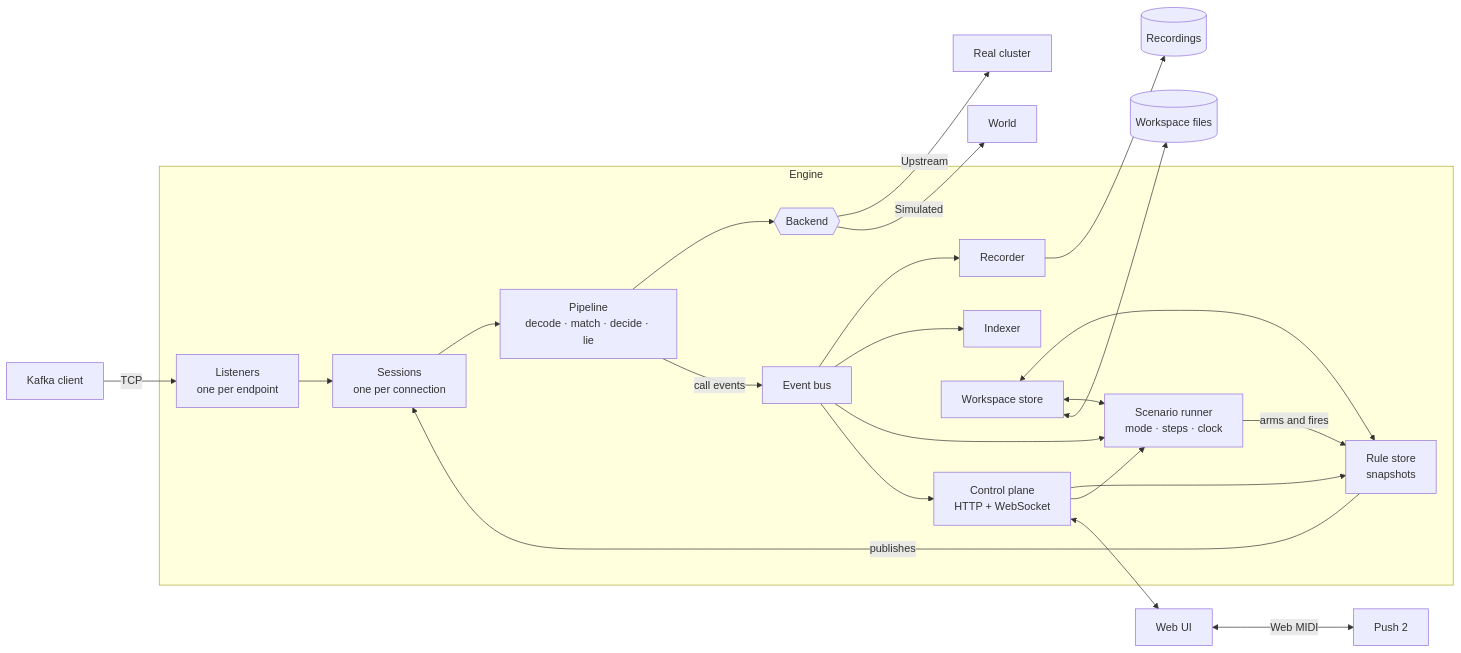
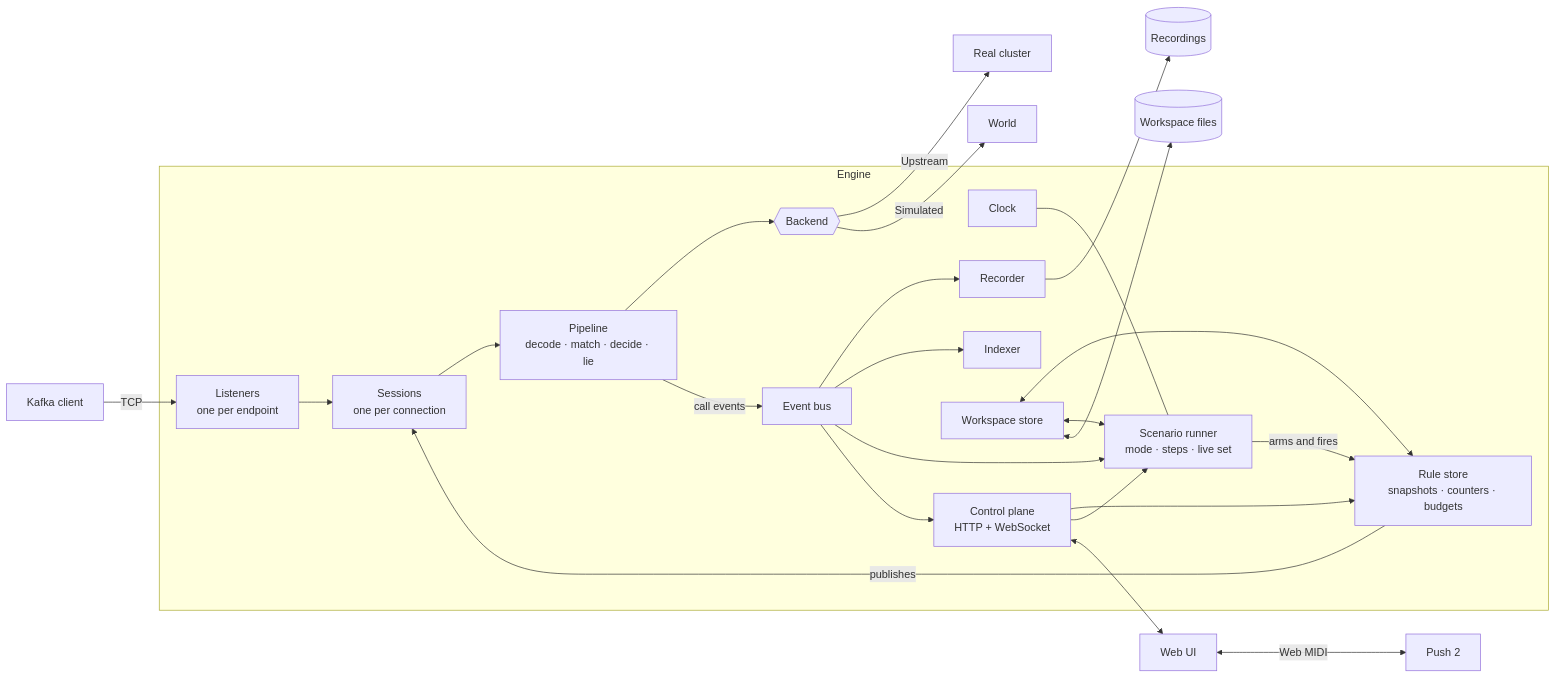
One commit to cruxy-eu/gaslightmq changed the diagram in docs/specs/architecture/README.md. Above: the diagram before and after it, drawn with Mermaid. The commit also changed other lines of this file and 17 other files, not shown here.

````diff
--- a/docs/specs/architecture/README.md
+++ b/docs/specs/architecture/README.md
@@ -17,28 +18,29 @@
 ```mermaid
 flowchart LR
   client["Kafka client"] -->|TCP| LI
 
   subgraph engine["Engine"]
     LI["Listeners<br/>one per endpoint"] --> SS["Sessions<br/>one per connection"]
     SS --> PL["Pipeline<br/>decode · match · decide · lie"]
     PL --> BE{{"Backend"}}
-    RS["Rule store<br/>snapshots"] -->|publishes| SS
-    SR["Scenario runner<br/>mode · steps · clock"] -->|arms and fires| RS
+    RS["Rule store<br/>snapshots · counters · budgets"] -->|publishes| SS
+    SR["Scenario runner<br/>mode · steps · live set"] -->|arms and fires| RS
+    CK["Clock"] --- SR
     PL -->|call events| BUS["Event bus"]
     BUS --> REC["Recorder"]
     BUS --> IDX["Indexer"]
     BUS --> SR
     WS["Workspace store"] <--> RS
     WS <--> SR
     CP["Control plane<br/>HTTP + WebSocket"] --> RS
     CP --> SR
     BUS --> CP
   end
 
   BE -->|Upstream| kafka["Real cluster"]
   BE -->|Simulated| world["World"]
   CP <--> ui["Web UI"]
   ui <-->|Web MIDI| push["Push 2"]
   WS <--> files[("Workspace files")]
   REC --> recs[("Recordings")]
 ```
````
